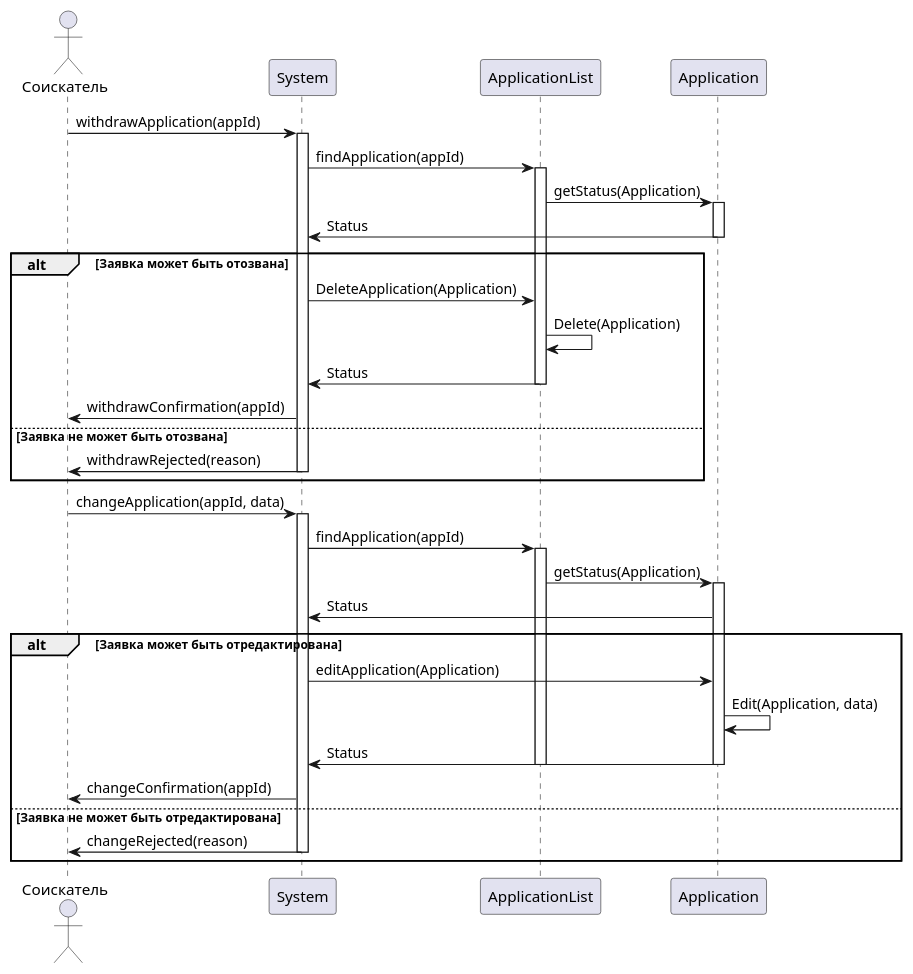
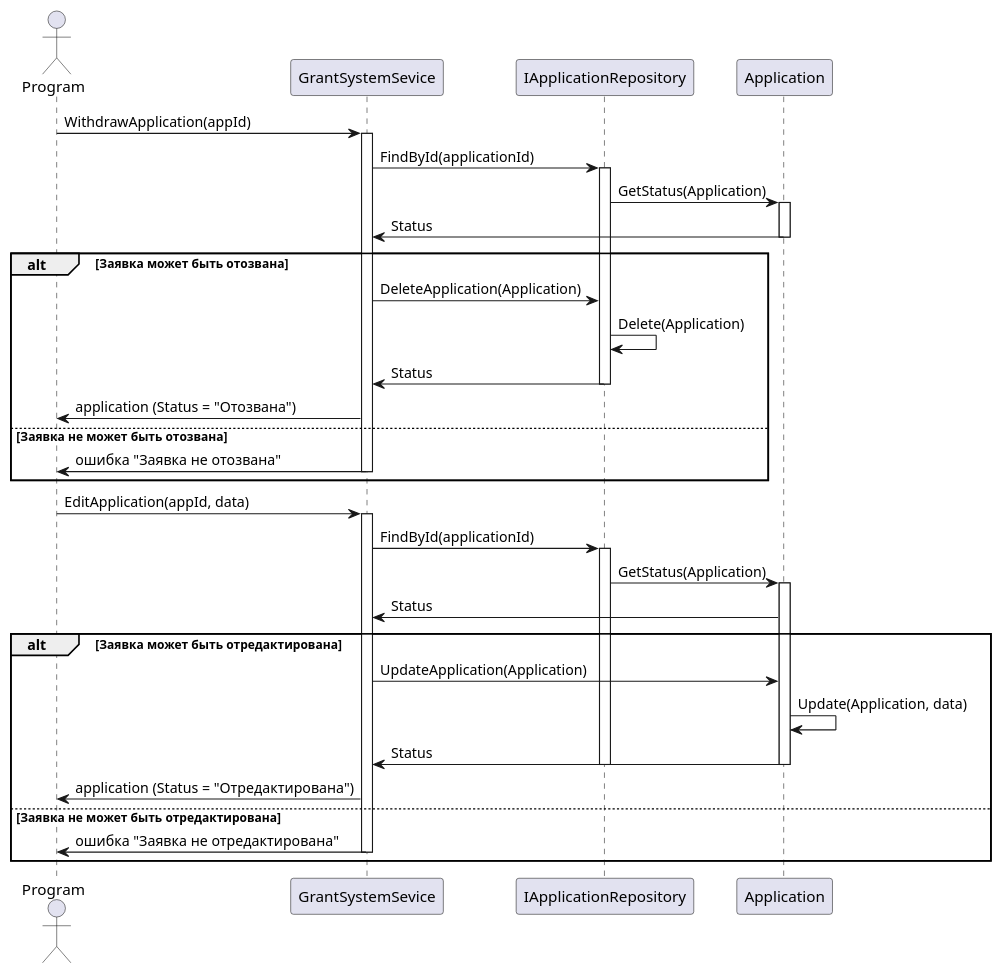
The diagram in Диаграмма_последовательности_Редактирование_и_удаление_заявки.md (penamarth/bsbo-13-23_team2_var9_techexp), drawn with PlantUML before and after one commit. The commit also changed other lines of this file and 1 other file, not shown here.

Commit message:
Add files via upload
Добавлены последние версии описания прецедента удаления и редактирования завки, а также диаграмма

````diff
--- a/Диаграмма_последовательности_Редактирование_и_удаление_заявки.md
+++ b/Диаграмма_последовательности_Редактирование_и_удаление_заявки.md
@@ -1,48 +3,50 @@
+```plantuml
 @startuml
 
-actor Соискатель
-participant System
-participant ApplicationList
+actor Program
+participant GrantSystemSevice
+participant IApplicationRepository
 participant Application
 
-Соискатель -> System: withdrawApplication(appId)
-activate System
-System -> ApplicationList: findApplication(appId)
-activate ApplicationList
-ApplicationList -> Application: getStatus(Application)
+Program -> GrantSystemSevice: WithdrawApplication(appId)
+activate GrantSystemSevice
+GrantSystemSevice -> IApplicationRepository: FindById(applicationId)
+activate IApplicationRepository
+IApplicationRepository -> Application: GetStatus(Application)
 activate Application
-Application -> System: Status
+Application -> GrantSystemSevice: Status
 deactivate Application
 
 alt Заявка может быть отозвана
-	System -> ApplicationList: DeleteApplication(Application)
-	ApplicationList -> ApplicationList: Delete(Application)
-	ApplicationList -> System: Status
-	deactivate ApplicationList
-	System -> Соискатель: withdrawConfirmation(appId)
+	GrantSystemSevice -> IApplicationRepository: DeleteApplication(Application)
+	IApplicationRepository -> IApplicationRepository: Delete(Application)
+	IApplicationRepository -> GrantSystemSevice: Status
+	deactivate IApplicationRepository
+	GrantSystemSevice -> Program: application (Status = "Отозвана")
 else Заявка не может быть отозвана
-	System -> Соискатель: withdrawRejected(reason)
-	deactivate System
+	GrantSystemSevice -> Program: ошибка "Заявка не отозвана"
+	deactivate GrantSystemSevice
 end
 
-Соискатель -> System: changeApplication(appId, data)
-activate System
-System -> ApplicationList: findApplication(appId)
-activate ApplicationList
-ApplicationList -> Application: getStatus(Application)
+Program -> GrantSystemSevice: EditApplication(appId, data)
+activate GrantSystemSevice
+GrantSystemSevice -> IApplicationRepository: FindById(applicationId)
+activate IApplicationRepository
+IApplicationRepository -> Application: GetStatus(Application)
 activate Application
-Application -> System: Status
+Application -> GrantSystemSevice: Status
 
 alt Заявка может быть отредактирована
-	System -> Application: editApplication(Application)
-	Application -> Application: Edit(Application, data)
-	Application -> System: Status
+	GrantSystemSevice -> Application: UpdateApplication(Application)
+	Application -> Application: Update(Application, data)
+	Application -> GrantSystemSevice: Status
 	deactivate Application
-	deactivate ApplicationList
-	System -> Соискатель: changeConfirmation(appId)
+	deactivate IApplicationRepository
+	GrantSystemSevice -> Program: application (Status = "Отредактирована")
 else Заявка не может быть отредактирована
-	System -> Соискатель: changeRejected(reason)
-	deactivate System
+	GrantSystemSevice -> Program: ошибка "Заявка не отредактирована"
+	deactivate GrantSystemSevice
 end
 
 @enduml
+```
````
